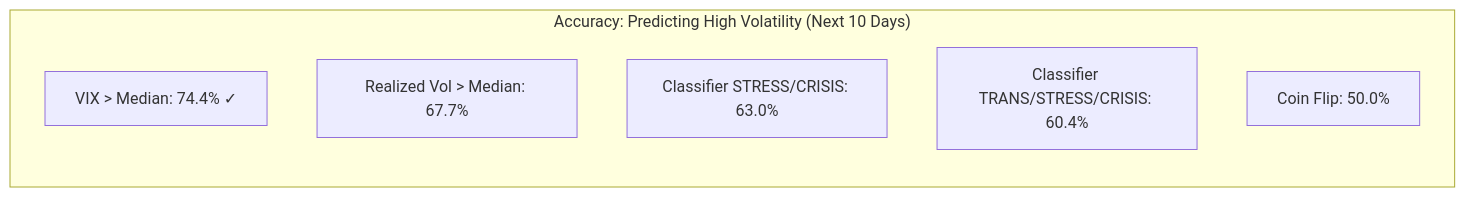
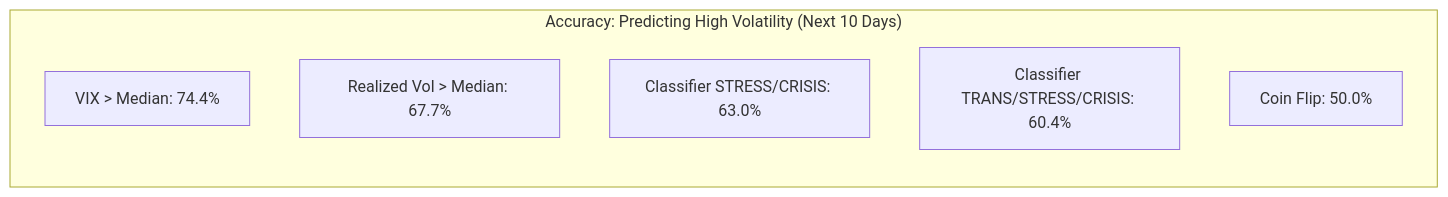
The first of 20 diagrams in VISUALIZATION.md (VarunGore36/regime-classifier), drawn with Mermaid before and after one commit. The commit also changed other lines of this file, not shown here.

````diff
--- a/VISUALIZATION.md
+++ b/VISUALIZATION.md
@@ -13,11 +13,11 @@
 ```mermaid
 flowchart LR
     subgraph "Accuracy: Predicting High Volatility (Next 10 Days)"
         direction TB
-        A1[VIX > Median: 74.4% ✓]
+        A1[VIX > Median: 74.4%]
         A2[Realized Vol > Median: 67.7%]
         A3[Classifier STRESS/CRISIS: 63.0%]
         A4[Classifier TRANS/STRESS/CRISIS: 60.4%]
         A5[Coin Flip: 50.0%]
     end
 ```
````
